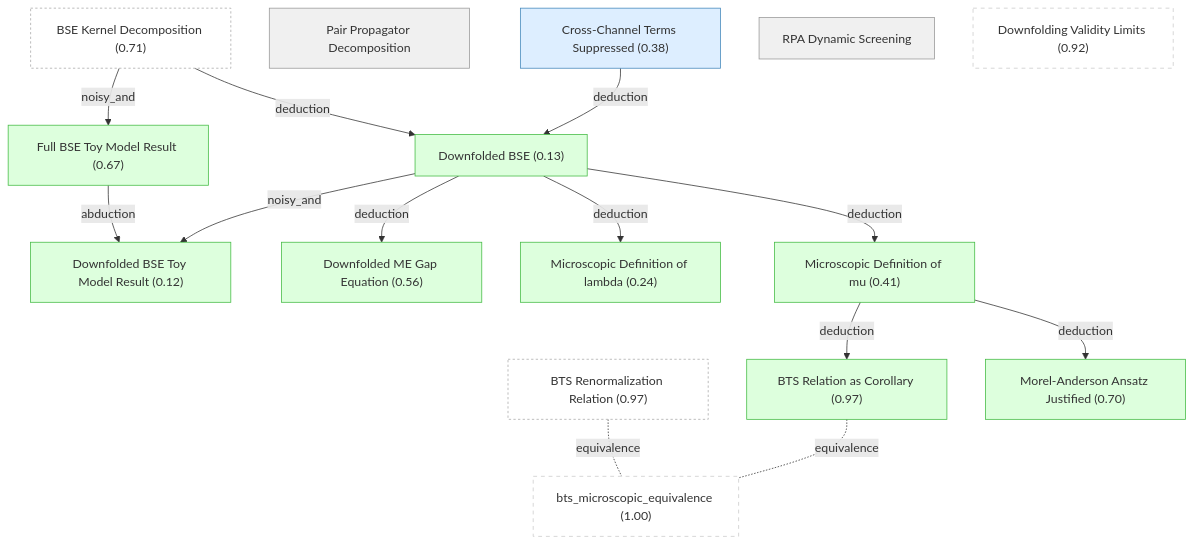
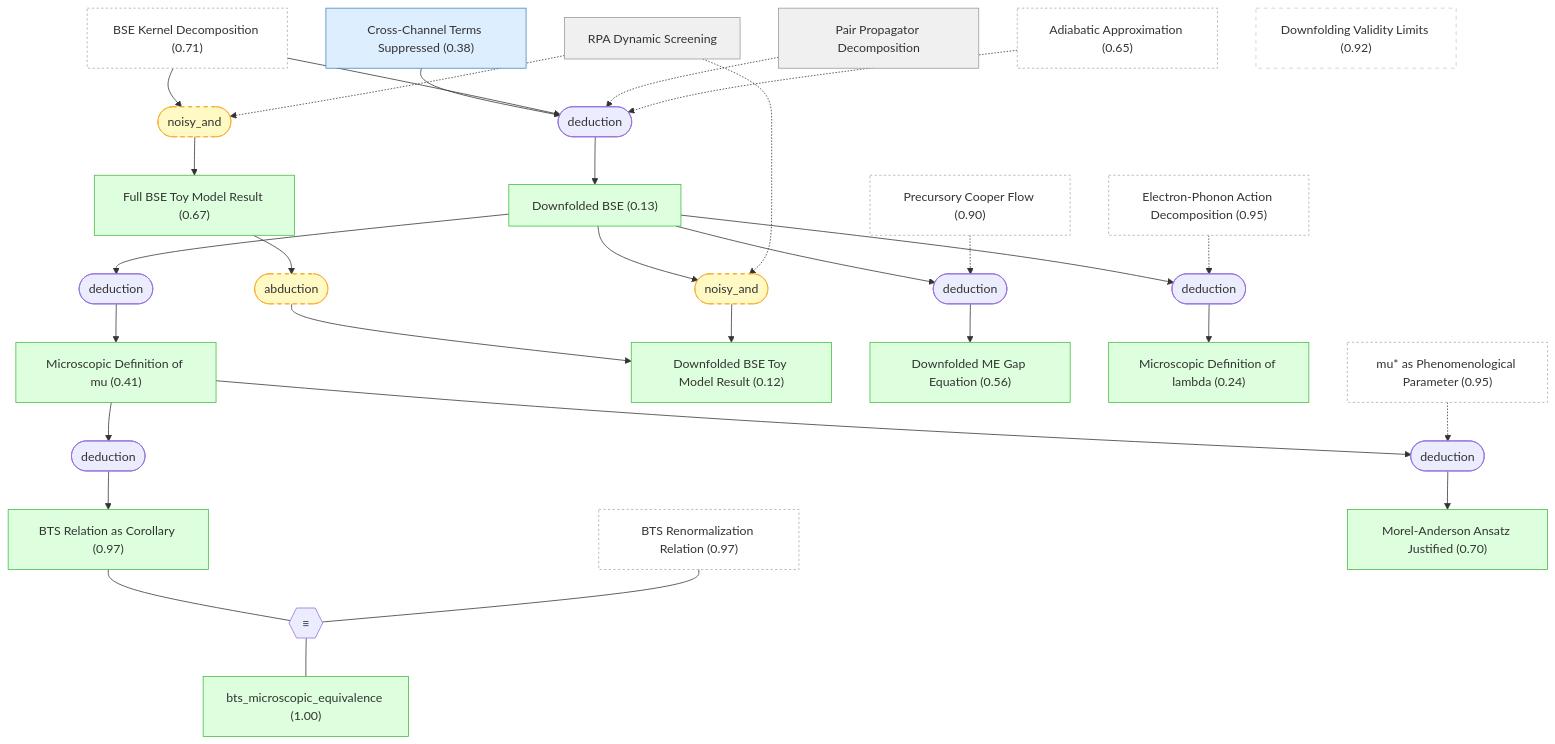
One commit to kunyuan/SuperconductivityElectronLiquids.gaia changed the third of 6 diagrams in README.md. Above: the diagram before and after it, drawn with Mermaid. The commit also changed other lines of this file, not shown here.

First line of the commit message:
docs: regenerate README with strategy/operator Mermaid nodes

````diff
--- a/README.md
+++ b/README.md
@@ -242,37 +268,71 @@
 ```mermaid
 graph TD
+    adiabatic_approx["Adiabatic Approximation (0.65)"]:::external
     bts_renormalization["BTS Renormalization Relation (0.97)"]:::external
+    mu_star_phenomenological["mu* as Phenomenological Parameter (0.95)"]:::external
+    electron_phonon_action["Electron-Phonon Action Decomposition (0.95)"]:::external
     bse_kernel_decomposition["BSE Kernel Decomposition (0.71)"]:::external
+    precursory_cooper_flow["Precursory Cooper Flow (0.90)"]:::external
     pair_propagator_decomposition["Pair Propagator Decomposition"]:::setting
     cross_term_suppressed["Cross-Channel Terms Suppressed (0.38)"]:::premise
     rpa_dynamic_screening["RPA Dynamic Screening"]:::setting
     full_bse_toy_model["Full BSE Toy Model Result (0.67)"]:::derived
     downfolded_bse_toy_model["Downfolded BSE Toy Model Result (0.12)"]:::derived
     downfolding_validity_limits["Downfolding Validity Limits (0.92)"]:::orphan
     downfolded_bse["Downfolded BSE (0.13)"]:::derived
     downfolded_me_equation["Downfolded ME Gap Equation (0.56)"]:::derived
     lambda_microscopic_definition["Microscopic Definition of lambda (0.24)"]:::derived
     mu_microscopic_definition["Microscopic Definition of mu (0.41)"]:::derived
     mu_scale_independence["BTS Relation as Corollary (0.97)"]:::derived
-    bts_microscopic_equivalence["bts_microscopic_equivalence (1.00)"]:::orphan
+    bts_microscopic_equivalence["bts_microscopic_equivalence (1.00)"]:::derived
     ma_pseudopotential_justified["Morel-Anderson Ansatz Justified (0.70)"]:::derived
-    bse_kernel_decomposition -->|noisy_and| full_bse_toy_model
-    full_bse_toy_model -->|abduction| downfolded_bse_toy_model
-    cross_term_suppressed -->|deduction| downfolded_bse
-    bse_kernel_decomposition -->|deduction| downfolded_bse
-    downfolded_bse -->|noisy_and| downfolded_bse_toy_model
-    downfolded_bse -->|deduction| downfolded_me_equation
-    downfolded_bse -->|deduction| lambda_microscopic_definition
-    downfolded_bse -->|deduction| mu_microscopic_definition
-    mu_microscopic_definition -->|deduction| mu_scale_independence
-    mu_microscopic_definition -->|deduction| ma_pseudopotential_justified
-    mu_scale_independence -.-|equivalence| bts_microscopic_equivalence
-    bts_renormalization -.-|equivalence| bts_microscopic_equivalence
+    strat_2(["noisy_and"]):::weak
+    bse_kernel_decomposition --> strat_2
+    rpa_dynamic_screening -.-> strat_2
+    strat_2 --> full_bse_toy_model
+    strat_3(["abduction"]):::weak
+    full_bse_toy_model --> strat_3
+    strat_3 --> downfolded_bse_toy_model
+    strat_4(["deduction"])
+    cross_term_suppressed --> strat_4
+    bse_kernel_decomposition --> strat_4
+    pair_propagator_decomposition -.-> strat_4
+    adiabatic_approx -.-> strat_4
+    strat_4 --> downfolded_bse
+    strat_5(["noisy_and"]):::weak
+    downfolded_bse --> strat_5
+    rpa_dynamic_screening -.-> strat_5
+    strat_5 --> downfolded_bse_toy_model
+    strat_6(["deduction"])
+    downfolded_bse --> strat_6
+    precursory_cooper_flow -.-> strat_6
+    strat_6 --> downfolded_me_equation
+    strat_7(["deduction"])
+    downfolded_bse --> strat_7
+    electron_phonon_action -.-> strat_7
+    strat_7 --> lambda_microscopic_definition
+    strat_8(["deduction"])
+    downfolded_bse --> strat_8
+    strat_8 --> mu_microscopic_definition
+    strat_9(["deduction"])
+    mu_microscopic_definition --> strat_9
+    strat_9 --> mu_scale_independence
+    strat_10(["deduction"])
+    mu_microscopic_definition --> strat_10
+    mu_star_phenomenological -.-> strat_10
+    strat_10 --> ma_pseudopotential_justified
+    oper_0{{"≡"}}
+    mu_scale_independence --- oper_0
+    bts_renormalization --- oper_0
+    oper_0 --- bts_microscopic_equivalence
 
     classDef setting fill:#f0f0f0,stroke:#999
     classDef premise fill:#ddeeff,stroke:#4488bb
     classDef derived fill:#ddffdd,stroke:#44bb44
     classDef question fill:#fff3dd,stroke:#cc9944
+    classDef background fill:#f5f5f5,stroke:#bbb,stroke-dasharray: 5 5
     classDef orphan fill:#fff,stroke:#ccc,stroke-dasharray: 5 5
     classDef external fill:#fff,stroke:#aaa,stroke-dasharray: 3 3
+    classDef weak fill:#fff9c4,stroke:#f9a825,stroke-dasharray: 5 5
+    classDef contra fill:#ffebee,stroke:#c62828
 ```
````
